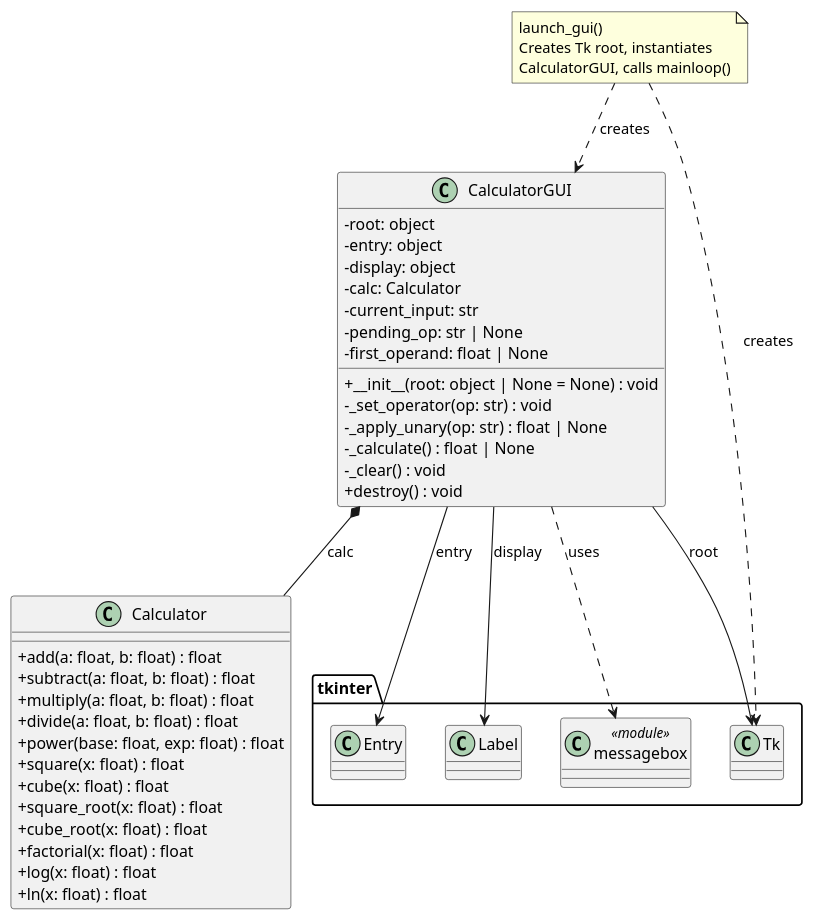
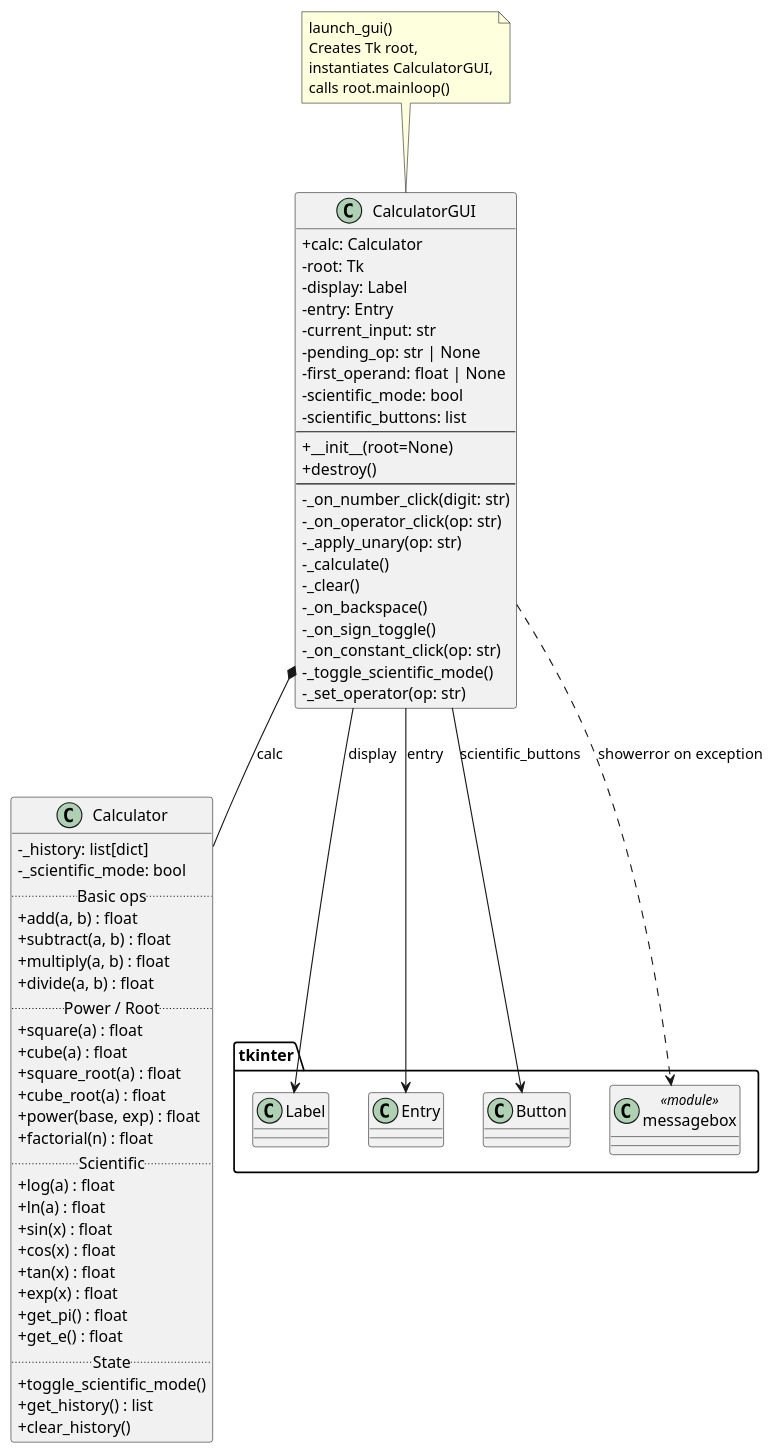
The diagram in artifacts/class_gui.puml (DanielRiha8906/Calculator_bachelor_autoevolution_team), drawn with PlantUML before and after one commit. The commit also changed 5 other files, not shown here.

Commit message:
add PlantUML diagrams for tkinter GUI (issue #413)

```diff
--- a/artifacts/class_gui.puml
+++ b/artifacts/class_gui.puml
@@ -1,57 +1,82 @@
 @startuml
 skinparam classAttributeIconSize 0
 
 package "tkinter" {
-  class Tk
+  class Label
   class Entry
-  class Label
+  class Button
   class messagebox <<module>>
 }
 
 class Calculator {
-  +add(a: float, b: float) : float
-  +subtract(a: float, b: float) : float
-  +multiply(a: float, b: float) : float
-  +divide(a: float, b: float) : float
-  +power(base: float, exp: float) : float
-  +square(x: float) : float
-  +cube(x: float) : float
-  +square_root(x: float) : float
-  +cube_root(x: float) : float
-  +factorial(x: float) : float
-  +log(x: float) : float
-  +ln(x: float) : float
+  -_history: list[dict]
+  -_scientific_mode: bool
+  .. Basic ops ..
+  +add(a, b) : float
+  +subtract(a, b) : float
+  +multiply(a, b) : float
+  +divide(a, b) : float
+  .. Power / Root ..
+  +square(a) : float
+  +cube(a) : float
+  +square_root(a) : float
+  +cube_root(a) : float
+  +power(base, exp) : float
+  +factorial(n) : float
+  .. Scientific ..
+  +log(a) : float
+  +ln(a) : float
+  +sin(x) : float
+  +cos(x) : float
+  +tan(x) : float
+  +exp(x) : float
+  +get_pi() : float
+  +get_e() : float
+  .. State ..
+  +toggle_scientific_mode()
+  +get_history() : list
+  +clear_history()
 }
 
 class CalculatorGUI {
-  -root: object
-  -entry: object
-  -display: object
-  -calc: Calculator
+  +calc: Calculator
+  -root: Tk
+  -display: Label
+  -entry: Entry
   -current_input: str
   -pending_op: str | None
   -first_operand: float | None
-  +__init__(root: object | None = None) : void
-  -_set_operator(op: str) : void
-  -_apply_unary(op: str) : float | None
-  -_calculate() : float | None
-  -_clear() : void
-  +destroy() : void
+  -scientific_mode: bool
+  -scientific_buttons: list
+  --
+  +__init__(root=None)
+  +destroy()
+  --
+  -_on_number_click(digit: str)
+  -_on_operator_click(op: str)
+  -_apply_unary(op: str)
+  -_calculate()
+  -_clear()
+  -_on_backspace()
+  -_on_sign_toggle()
+  -_on_constant_click(op: str)
+  -_toggle_scientific_mode()
+  -_set_operator(op: str)
 }
 
 note as launch_note
   launch_gui()
-  Creates Tk root, instantiates
-  CalculatorGUI, calls mainloop()
+  Creates Tk root,
+  instantiates CalculatorGUI,
+  calls root.mainloop()
 end note
 
 CalculatorGUI *-- Calculator : calc
-CalculatorGUI --> Tk : root
+CalculatorGUI --> Label : display
 CalculatorGUI --> Entry : entry
-CalculatorGUI --> Label : display
-CalculatorGUI ..> messagebox : uses
+CalculatorGUI --> Button : scientific_buttons
+CalculatorGUI ..> messagebox : showerror on exception
 
 launch_note ..> CalculatorGUI : creates
-launch_note ..> Tk : creates
 
 @enduml
```
